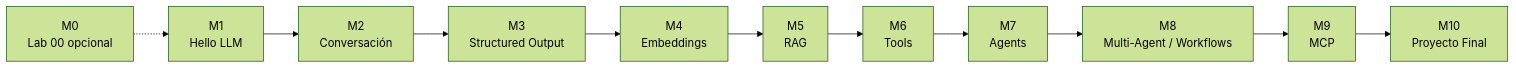
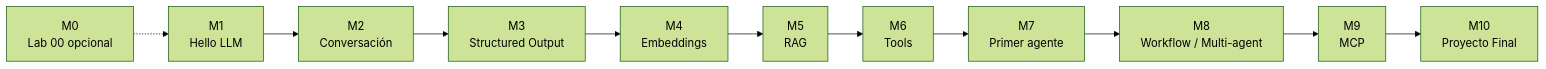
Before and after one commit to danielcalvindeveloper/dac-learning-ai-dotnet: the eighth of 8 diagrams in ROADMAP.md, drawn with Mermaid (forest theme). The commit also changed other lines of this file and 42 other files, not shown here.

````diff
--- a/ROADMAP.md
+++ b/ROADMAP.md
@@ -601,25 +650,25 @@
 ```mermaid
 flowchart LR
     M0[M0<br/>Lab 00 opcional]
     M1[M1<br/>Hello LLM]
     M2[M2<br/>Conversación]
     M3[M3<br/>Structured Output]
     M4[M4<br/>Embeddings]
     M5[M5<br/>RAG]
     M6[M6<br/>Tools]
-    M7[M7<br/>Agents]
-    M8[M8<br/>Multi-Agent / Workflows]
+    M7[M7<br/>Primer agente]
+    M8[M8<br/>Workflow / Multi-agent]
     M9[M9<br/>MCP]
     M10[M10<br/>Proyecto Final]
 
     M0 -.-> M1
     M1 --> M2
     M2 --> M3
     M3 --> M4
     M4 --> M5
     M5 --> M6
     M6 --> M7
     M7 --> M8
     M8 --> M9
     M9 --> M10
 ```
````
